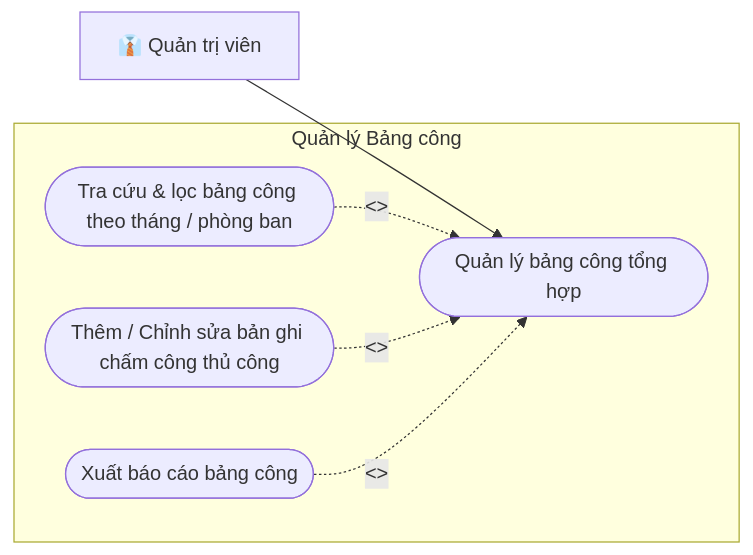
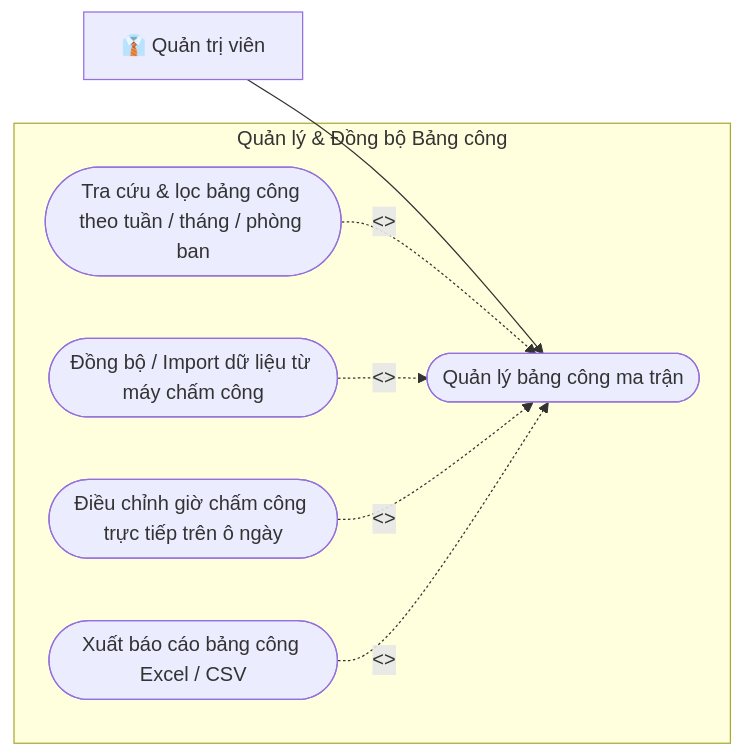
Diagram 19 of 37 in docs/Các biểu đồ/So_Do_Use_Case_Tong_Quat_HRM.md (aye2710/HRM-DATN), drawn with Mermaid before and after one commit. The commit also changed other lines of this file and 2 other files, not shown here.

Commit message:
feat(attendance): nang cap API cham cong theo thang, dong bo ma tran va import file may cham cong

````diff
--- a/docs/Các biểu đồ/So_Do_Use_Case_Tong_Quat_HRM.md
+++ b/docs/Các biểu đồ/So_Do_Use_Case_Tong_Quat_HRM.md
@@ -457,16 +457,18 @@
 ```mermaid
 flowchart LR
     ADMIN["👔 Quản trị viên"]
 
-    subgraph UC_ATTMGMT_BOX ["Quản lý Bảng công"]
-        UC_ATTM(["Quản lý bảng công tổng hợp"])
-        UC_ATTM_1(["Tra cứu & lọc bảng công theo tháng / phòng ban"])
-        UC_ATTM_2(["Thêm / Chỉnh sửa bản ghi chấm công thủ công"])
-        UC_ATTM_3(["Xuất báo cáo bảng công"])
+    subgraph UC_ATTMGMT_BOX ["Quản lý & Đồng bộ Bảng công"]
+        UC_ATTM(["Quản lý bảng công ma trận"])
+        UC_ATTM_1(["Đồng bộ / Import dữ liệu từ máy chấm công"])
+        UC_ATTM_2(["Tra cứu & lọc bảng công theo tuần / tháng / phòng ban"])
+        UC_ATTM_3(["Điều chỉnh giờ chấm công trực tiếp trên ô ngày"])
+        UC_ATTM_4(["Xuất báo cáo bảng công Excel / CSV"])
     end
 
     ADMIN --> UC_ATTM
-    UC_ATTM_1 -.->|<<include>>| UC_ATTM
-    UC_ATTM_2 -.->|<<extend>>| UC_ATTM
+    UC_ATTM_2 -.->|<<include>>| UC_ATTM
+    UC_ATTM_1 -.->|<<extend>>| UC_ATTM
     UC_ATTM_3 -.->|<<extend>>| UC_ATTM
+    UC_ATTM_4 -.->|<<extend>>| UC_ATTM
 ```
````
